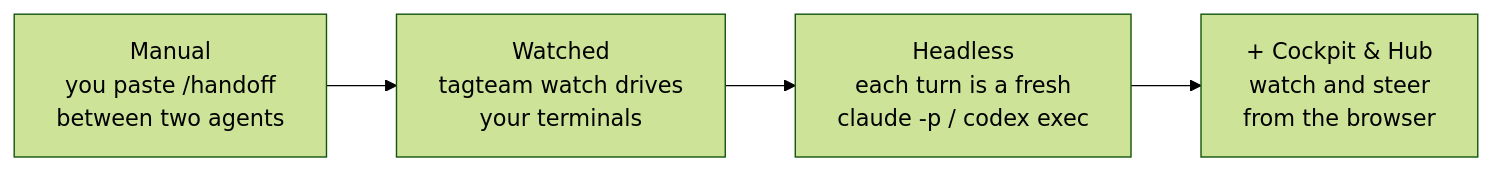
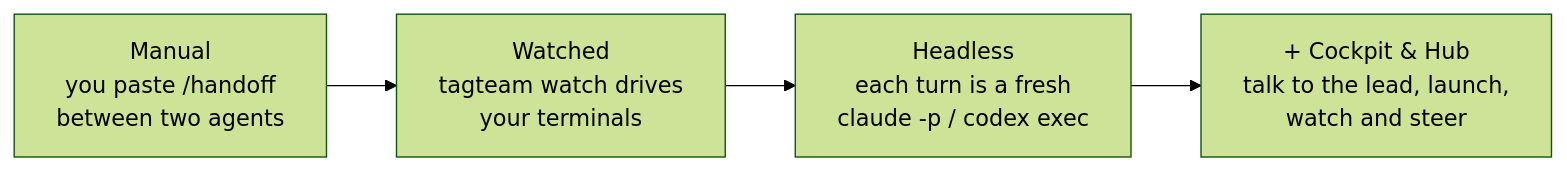
The third of 4 diagrams in README.md (jblacketter/ai-handoff), drawn with Mermaid (forest theme) before and after one commit. The commit also changed other lines of this file and 13 other files, not shown here.

Commit message:
docs(phase-37): README/HTW/manifest for 3.1, cockpit-lead screenshot, seed idle project + conversation, findings, roadmap; version 3.1.0; watcher redispatch test

````diff
--- a/README.md
+++ b/README.md
@@ -148,6 +148,6 @@
 ```mermaid
 flowchart LR
     M["Manual<br/>you paste /handoff<br/>between two agents"] --> W["Watched<br/>tagteam watch drives<br/>your terminals"]
     W --> H["Headless<br/>each turn is a fresh<br/>claude -p / codex exec"]
-    H --> C["+ Cockpit & Hub<br/>watch and steer<br/>from the browser"]
+    H --> C["+ Cockpit & Hub<br/>talk to the lead, launch,<br/>watch and steer"]
 ```
````
